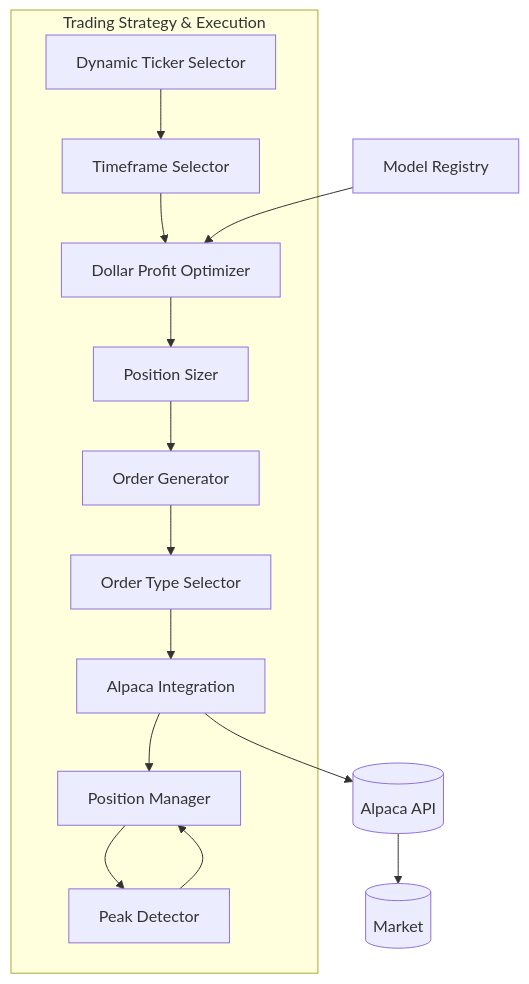
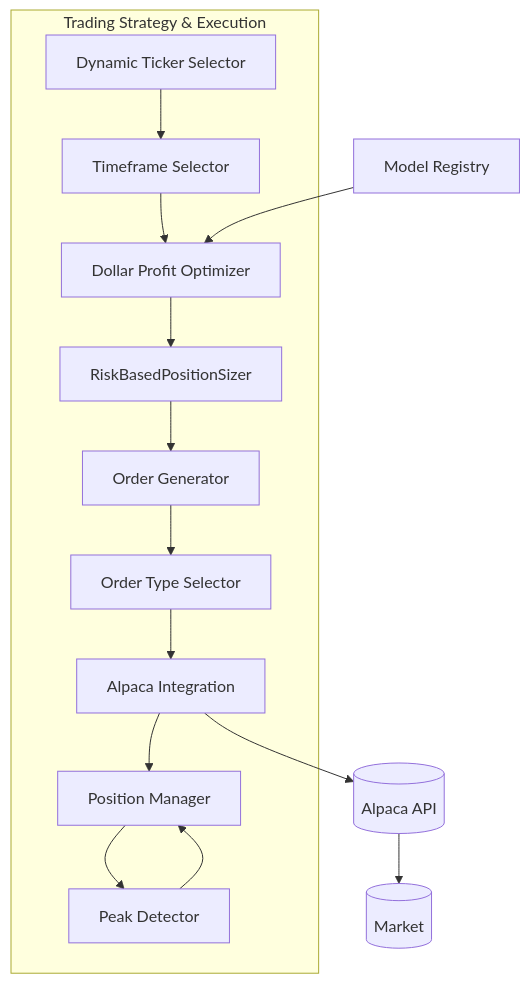
Before and after one commit to Slusheeking/INAVVI_0.0.1: the eighth of 18 diagrams in docs/03_autonomous_trading_system_workflow.md, drawn with Mermaid. The commit also changed other lines of this file and 23 other files, not shown here.

````diff
--- a/docs/03_autonomous_trading_system_workflow.md
+++ b/docs/03_autonomous_trading_system_workflow.md
@@ -294,35 +297,35 @@
 ```mermaid
 flowchart TD
     %% Trading Strategy Components
     subgraph "Trading Strategy & Execution"
         DTS[Dynamic Ticker Selector]
         TS[Timeframe Selector]
         DPO[Dollar Profit Optimizer]
-        PS[Position Sizer]
+        PS[RiskBasedPositionSizer]
         PD[Peak Detector]
         OG[Order Generator]
         OTS[Order Type Selector]
         AI[Alpaca Integration]
         PM[Position Manager]
         
         DTS --> TS
         TS --> DPO
         DPO --> PS
         PS --> OG
         OG --> OTS
         OTS --> AI
         AI --> PM
         PM --> PD
         PD --> PM
     end
     
     %% External Systems
     MR[Model Registry]
     AA[(Alpaca API)]
     MK[(Market)]
     
     %% External Connections
     MR --> DPO
     AI --> AA
     AA --> MK
 ```
````
